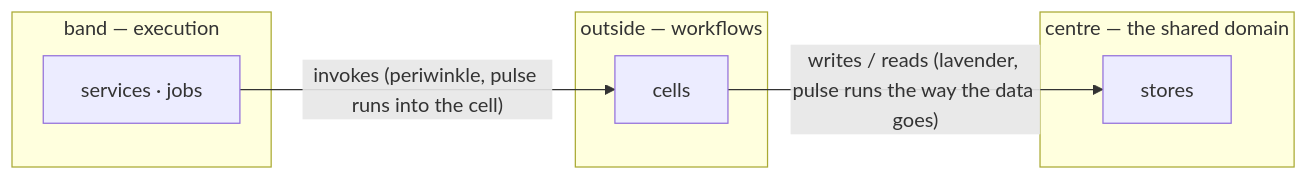
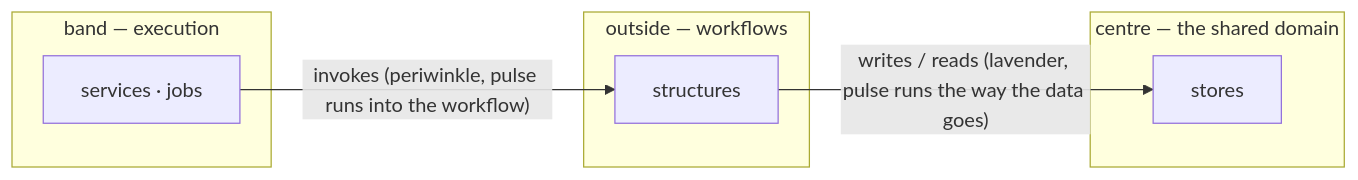
Before and after one commit to batman1m2001-cyber/operonx-studio: the diagram in docs/NEURAL_FACTORY_PLAN.md, drawn with Mermaid. The commit also changed other lines of this file and 6 other files, not shown here.

````diff
--- a/docs/NEURAL_FACTORY_PLAN.md
+++ b/docs/NEURAL_FACTORY_PLAN.md
@@ -58,14 +63,14 @@
 ```mermaid
 flowchart LR
   subgraph centre["centre — the shared domain"]
     S[stores]
   end
   subgraph band["band — execution"]
     D[services · jobs]
   end
   subgraph outside["outside — workflows"]
-    W[cells]
+    W[structures]
   end
-  D -- "invokes (periwinkle, pulse runs into the cell)" --> W
+  D -- "invokes (periwinkle, pulse runs into the workflow)" --> W
   W -- "writes / reads (lavender, pulse runs the way the data goes)" --> S
 ```
````
